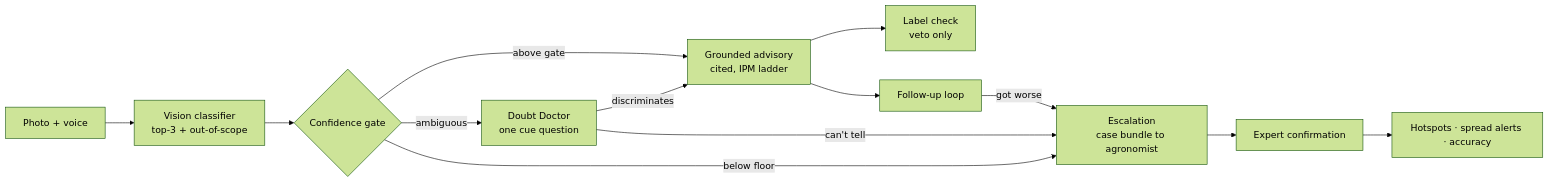
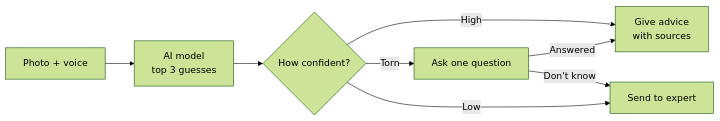
One commit to Spyro007-06/SIH26131-Bhoomi changed the diagram in README.md. Above: the diagram before and after it, drawn with Mermaid (forest theme). The commit also changed other lines of this file, not shown here.

````diff
--- a/README.md
+++ b/README.md
@@ -56,15 +45,10 @@
 ```mermaid
 flowchart LR
-    A[Photo + voice] --> B[Vision classifier<br/>top-3 + out-of-scope]
-    B --> C{Confidence gate}
-    C -->|above gate| D[Grounded advisory<br/>cited, IPM ladder]
-    C -->|ambiguous| E[Doubt Doctor<br/>one cue question]
-    C -->|below floor| F[Escalation<br/>case bundle to agronomist]
-    E -->|discriminates| D
-    E -->|can't tell| F
-    D --> G[Label check<br/>veto only]
-    D --> H[Follow-up loop]
-    H -->|got worse| F
-    F --> I[Expert confirmation]
-    I --> J[Hotspots · spread alerts · accuracy]
+    A[Photo + voice] --> B[AI model<br/>top 3 guesses]
+    B --> C{How confident?}
+    C -->|High| D[Give advice<br/>with sources]
+    C -->|Torn| E[Ask one question]
+    C -->|Low| F[Send to expert]
+    E -->|Answered| D
+    E -->|Don't know| F
 ```
````
